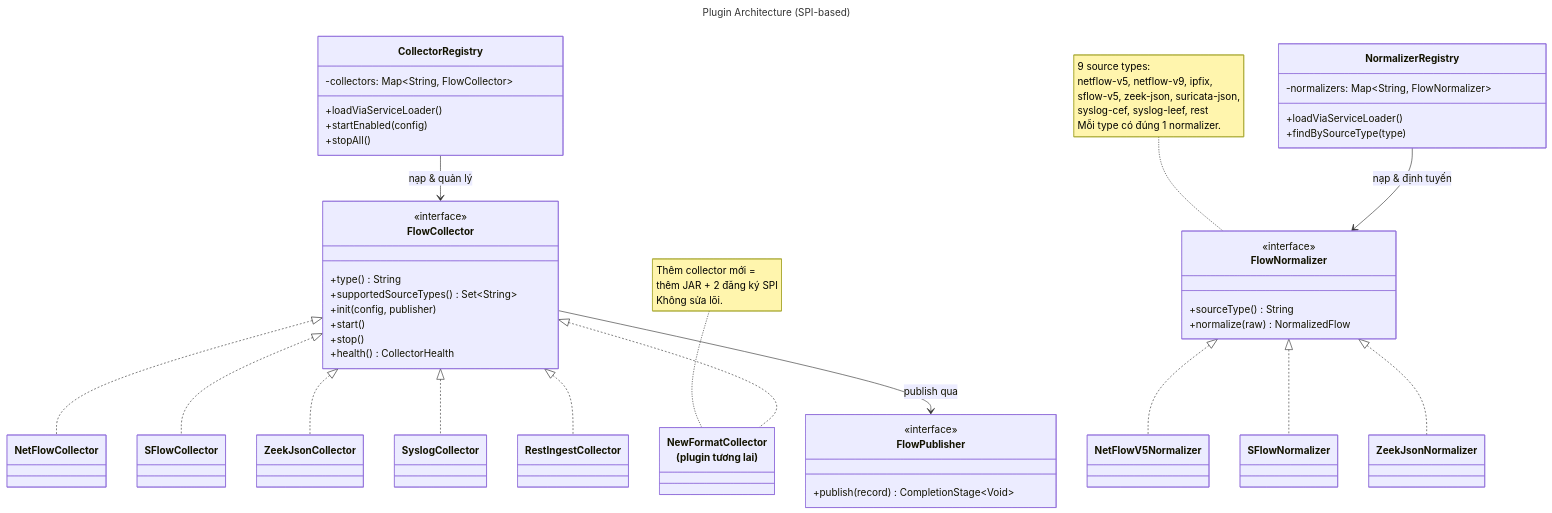
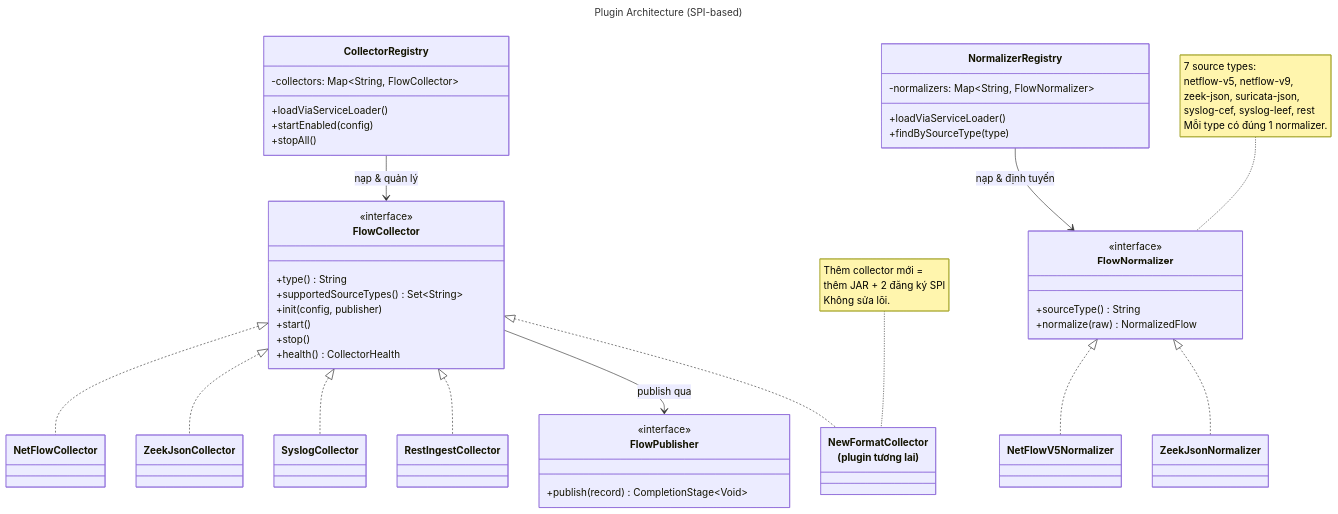
Before and after one commit to bankientapcode-1410/NetworkFlowCollector: the third of 9 diagrams in docs/SDD.md, drawn with Mermaid. The commit also changed other lines of this file and 4 other files, not shown here.

````diff
--- a/docs/SDD.md
+++ b/docs/SDD.md
@@ -410,67 +405,63 @@
 ```mermaid
 ---
 title: Plugin Architecture (SPI-based)
 ---
 classDiagram
     class FlowCollector {
         <<interface>>
         +type() String
         +supportedSourceTypes() Set~String~
         +init(config, publisher)
         +start()
         +stop()
         +health() CollectorHealth
     }
 
     class FlowPublisher {
         <<interface>>
         +publish(record) CompletionStage~Void~
     }
 
     class CollectorRegistry {
         -collectors: Map~String, FlowCollector~
         +loadViaServiceLoader()
         +startEnabled(config)
         +stopAll()
     }
 
     class FlowNormalizer {
         <<interface>>
         +sourceType() String
         +normalize(raw) NormalizedFlow
     }
 
     class NormalizerRegistry {
         -normalizers: Map~String, FlowNormalizer~
         +loadViaServiceLoader()
         +findBySourceType(type)
     }
 
     class NetFlowCollector
-    class SFlowCollector
     class ZeekJsonCollector
     class SyslogCollector
     class RestIngestCollector
     class NewC["NewFormatCollector<br>(plugin tương lai)"]
     class NetFlowV5Normalizer
-    class SFlowNormalizer
     class ZeekJsonNormalizer
 
     FlowCollector <|.. NetFlowCollector
-    FlowCollector <|.. SFlowCollector
     FlowCollector <|.. ZeekJsonCollector
     FlowCollector <|.. SyslogCollector
     FlowCollector <|.. RestIngestCollector
     FlowCollector <|.. NewC
     FlowNormalizer <|.. NetFlowV5Normalizer
-    FlowNormalizer <|.. SFlowNormalizer
     FlowNormalizer <|.. ZeekJsonNormalizer
 
     FlowCollector --> FlowPublisher : publish qua
 
     CollectorRegistry --> FlowCollector : nạp & quản lý
     NormalizerRegistry --> FlowNormalizer : nạp & định tuyến
     
     note for NewC "Thêm collector mới =<br>thêm JAR + 2 đăng ký SPI<br>Không sửa lõi."
-    note for FlowNormalizer "9 source types:<br>netflow-v5, netflow-v9, ipfix,<br>sflow-v5, zeek-json, suricata-json,<br>syslog-cef, syslog-leef, rest<br>Mỗi type có đúng 1 normalizer."
+    note for FlowNormalizer "7 source types:<br>netflow-v5, netflow-v9,<br>zeek-json, suricata-json,<br>syslog-cef, syslog-leef, rest<br>Mỗi type có đúng 1 normalizer."
 ```
````
